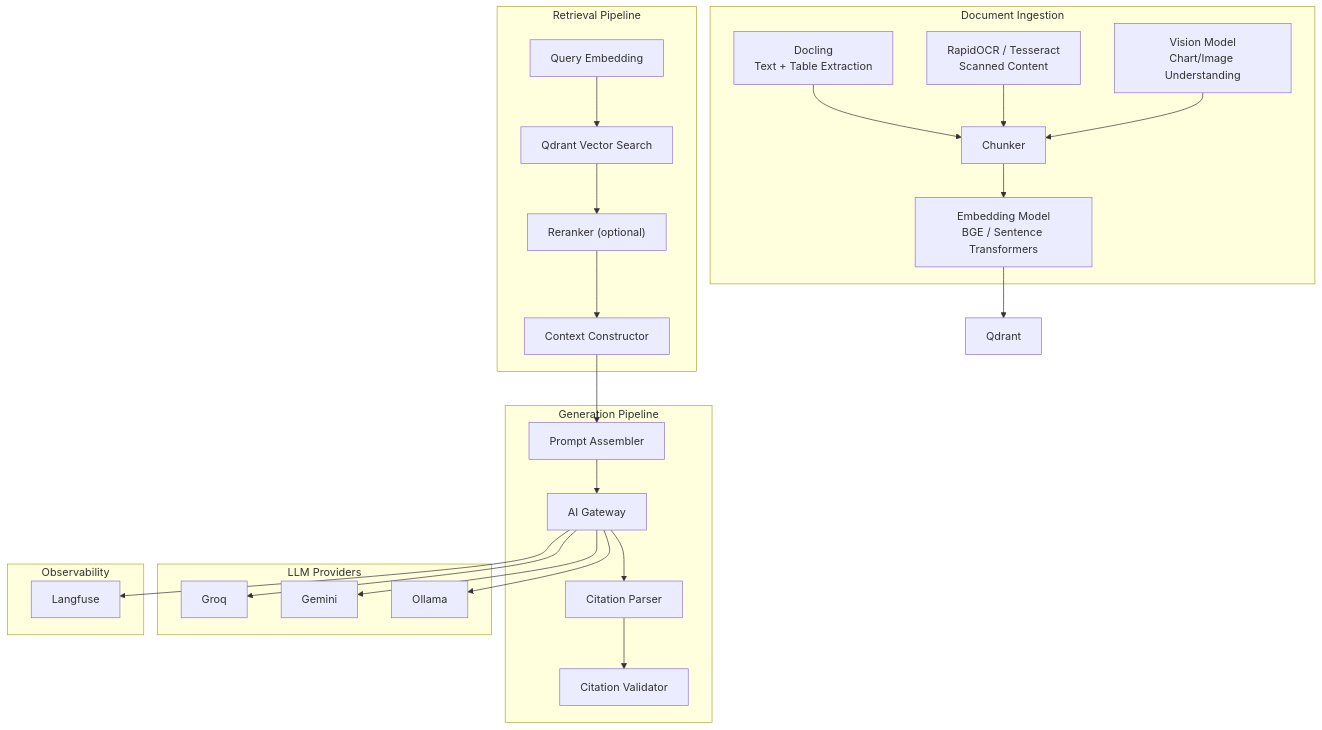
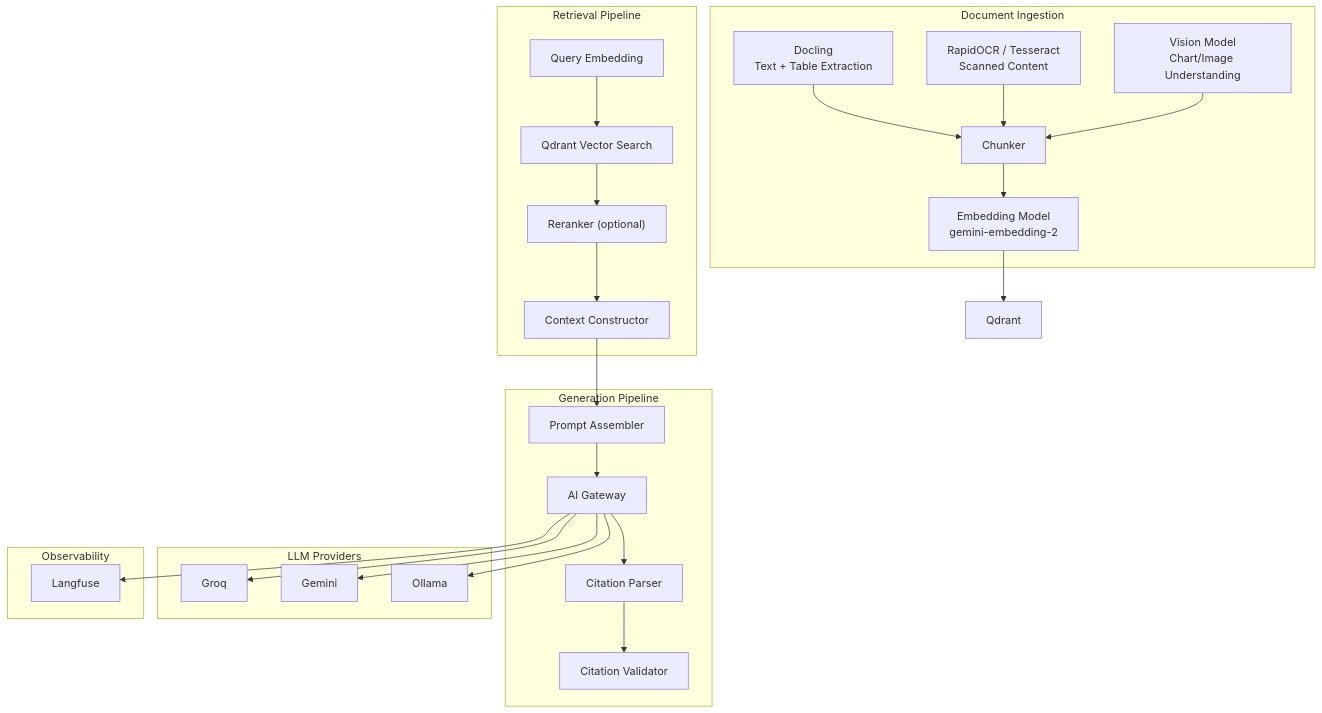
The first of 6 diagrams in AI_ARCHITECTURE.md (aryxn-builds/DocuMind-AI), drawn with Mermaid before and after one commit. The commit also changed other lines of this file and 5 other files, not shown here.

Commit message:
docs: update architecture docs to reflect gemini-embedding-2

````diff
--- a/AI_ARCHITECTURE.md
+++ b/AI_ARCHITECTURE.md
@@ -13,53 +13,53 @@
 ```mermaid
 graph TB
     subgraph Ingestion["Document Ingestion"]
         DOC["Docling<br/>Text + Table Extraction"]
         OCR["RapidOCR / Tesseract<br/>Scanned Content"]
         VIS["Vision Model<br/>Chart/Image Understanding"]
         CHK["Chunker"]
-        EMB["Embedding Model<br/>BGE / Sentence Transformers"]
+        EMB["Embedding Model<br/>gemini-embedding-2"]
     end
 
     subgraph Retrieval["Retrieval Pipeline"]
         QE["Query Embedding"]
         VS["Qdrant Vector Search"]
         RR["Reranker (optional)"]
         CC["Context Constructor"]
     end
 
     subgraph Generation["Generation Pipeline"]
         PA["Prompt Assembler"]
         GW["AI Gateway"]
         CP["Citation Parser"]
         CV["Citation Validator"]
     end
 
     subgraph Providers["LLM Providers"]
         GQ["Groq"]
         GM["Gemini"]
         OL["Ollama"]
     end
 
     subgraph Observability
         LF["Langfuse"]
     end
 
     DOC --> CHK
     OCR --> CHK
     VIS --> CHK
     CHK --> EMB
     EMB --> QD["Qdrant"]
 
     QE --> VS
     VS --> RR
     RR --> CC
     CC --> PA
     PA --> GW
     GW --> GQ
     GW --> GM
     GW --> OL
     GW --> CP
     CP --> CV
 
     GW --> LF
 ```
````
